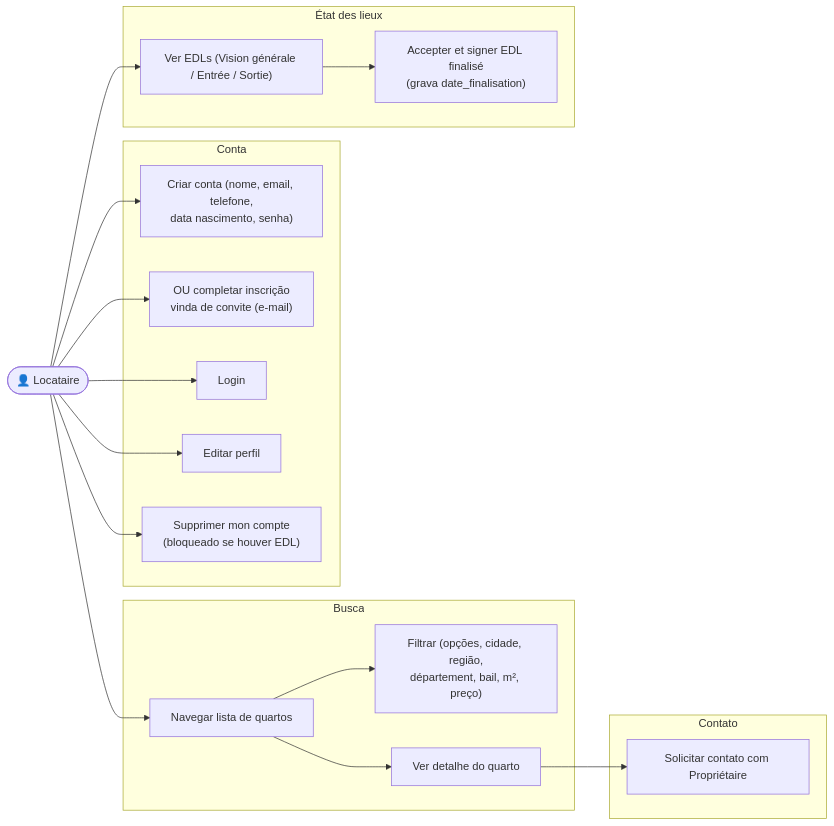
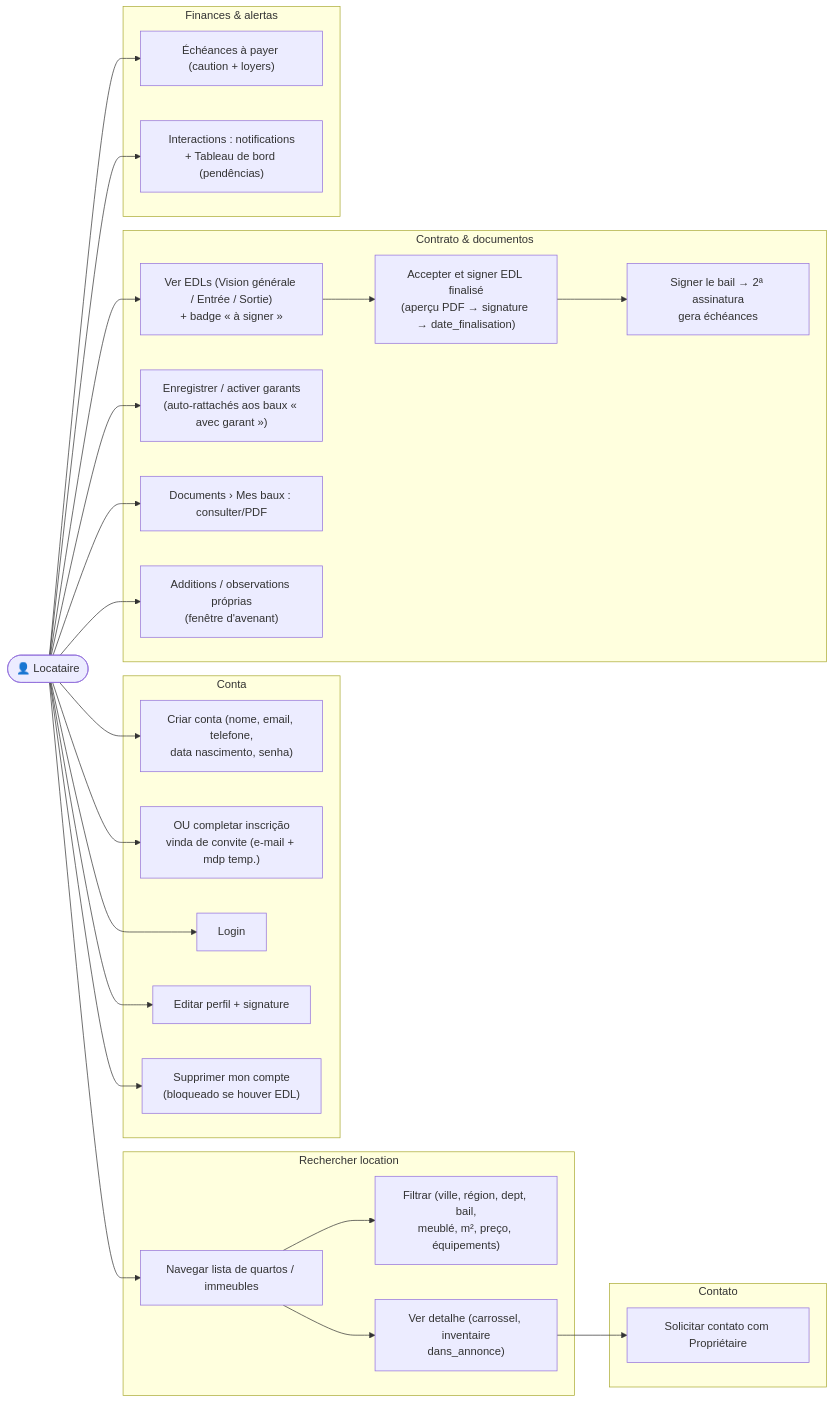
Before and after one commit to rhayonne/lacoloc: the second of 4 diagrams in diagrams/01_casos_de_uso.md, drawn with Mermaid. The commit also changed other lines of this file and 31 other files, not shown here.

First line of the commit message:
feat(bail): résiliation avec prorata/remboursement de caution, acte de résiliation PDF, Vue générale Finances (v1.5.0)

````diff
--- a/diagrams/01_casos_de_uso.md
+++ b/diagrams/01_casos_de_uso.md
@@ -67,34 +86,45 @@
 ```mermaid
 flowchart LR
     L(["👤 Locataire"])
 
     subgraph Conta
         S1["Criar conta (nome, email, telefone,\ndata nascimento, senha)"]
-        S1b["OU completar inscrição\nvinda de convite (e-mail)"]
+        S1b["OU completar inscrição\nvinda de convite (e-mail + mdp temp.)"]
         S2["Login"]
-        S3["Editar perfil"]
+        S3["Editar perfil + signature"]
         S3b["Supprimer mon compte\n(bloqueado se houver EDL)"]
     end
 
-    subgraph Busca
-        S4["Navegar lista de quartos"]
-        S5["Filtrar (opções, cidade, região,\ndépartement, bail, m², preço)"]
-        S6["Ver detalhe do quarto"]
+    subgraph Busca["Rechercher location"]
+        S4["Navegar lista de quartos / immeubles"]
+        S5["Filtrar (ville, région, dept, bail,\nmeublé, m², preço, équipements)"]
+        S6["Ver detalhe (carrossel, inventaire\ndans_annonce)"]
     end
 
     subgraph Contato
         S8["Solicitar contato com Propriétaire"]
     end
 
-    subgraph EDL["État des lieux"]
-        S9["Ver EDLs (Vision générale / Entrée / Sortie)"]
-        S10["Accepter et signer EDL finalisé\n(grava date_finalisation)"]
+    subgraph Dossier["Contrato & documentos"]
+        S9["Ver EDLs (Vision générale / Entrée / Sortie)\n+ badge « à signer »"]
+        S10["Accepter et signer EDL finalisé\n(aperçu PDF → signature → date_finalisation)"]
+        S11["Enregistrer / activer garants\n(auto-rattachés aos baux « avec garant »)"]
+        S12["Signer le bail → 2ª assinatura\ngera échéances"]
+        S13["Documents › Mes baux : consulter/PDF"]
+        S14["Additions / observations próprias\n(fenêtre d'avenant)"]
+    end
+
+    subgraph Fin["Finances & alertas"]
+        S15["Échéances à payer (caution + loyers)"]
+        S16["Interactions : notifications\n+ Tableau de bord (pendências)"]
     end
 
     L --> S1 & S1b & S2 & S3 & S3b
     L --> S4
     S4 --> S5 & S6
     S6 --> S8
     L --> S9
-    S9 --> S10
+    S9 --> S10 --> S12
+    L --> S11 & S13 & S14
+    L --> S15 & S16
 ```
````
